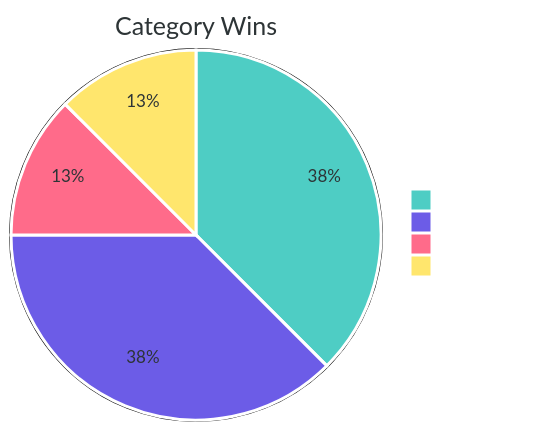
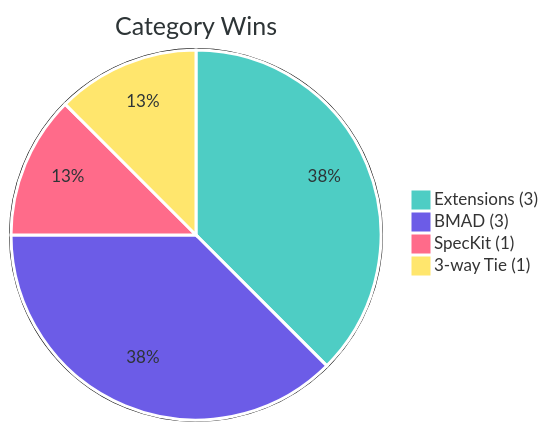
One commit to vunvulear/speckit-assessment changed the third of 5 diagrams in comparison-report.md. Above: the diagram before and after it, drawn with Mermaid. The commit also changed other lines of this file and 8 other files, not shown here.

````diff
--- a/comparison-report.md
+++ b/comparison-report.md
@@ -80,8 +80,8 @@
 ```mermaid
-%%{init: {'theme': 'neutral', 'themeVariables': {'pie1': '#4ECDC4', 'pie2': '#6C5CE7', 'pie3': '#FF6B8A', 'pie4': '#FFE66D', 'pieStrokeColor': '#ffffff', 'pieStrokeWidth': '3px', 'pieOpacity': '1', 'pieTitleTextColor': '#2D3436', 'pieSectionTextColor': '#2D3436', 'pieLegendTextColor': '#ffffff', 'cScale0': '#4ECDC4', 'cScale1': '#6C5CE7', 'cScale2': '#FF6B8A', 'cScale3': '#FFE66D', 'primaryTextColor': '#2D3436', 'secondaryTextColor': '#2D3436', 'background': '#ffffff', 'mainBkg': '#ffffff', 'secondBkg': '#ffffff', 'nodeBkg': '#ffffff', 'nodeBorder': '#ffffff'}}}%%
+%%{init: {'theme': 'neutral', 'themeVariables': {'pie1': '#4ECDC4', 'pie2': '#6C5CE7', 'pie3': '#FF6B8A', 'pie4': '#FFE66D', 'pieStrokeColor': '#ffffff', 'pieStrokeWidth': '3px', 'pieOpacity': '1', 'pieTitleTextColor': '#2D3436', 'pieSectionTextColor': '#2D3436'}}}%%
 pie title Category Wins
     "Extensions (3)" : 3
     "BMAD (3)" : 3
     "SpecKit (1)" : 1
     "3-way Tie (1)" : 1
 ```
````
